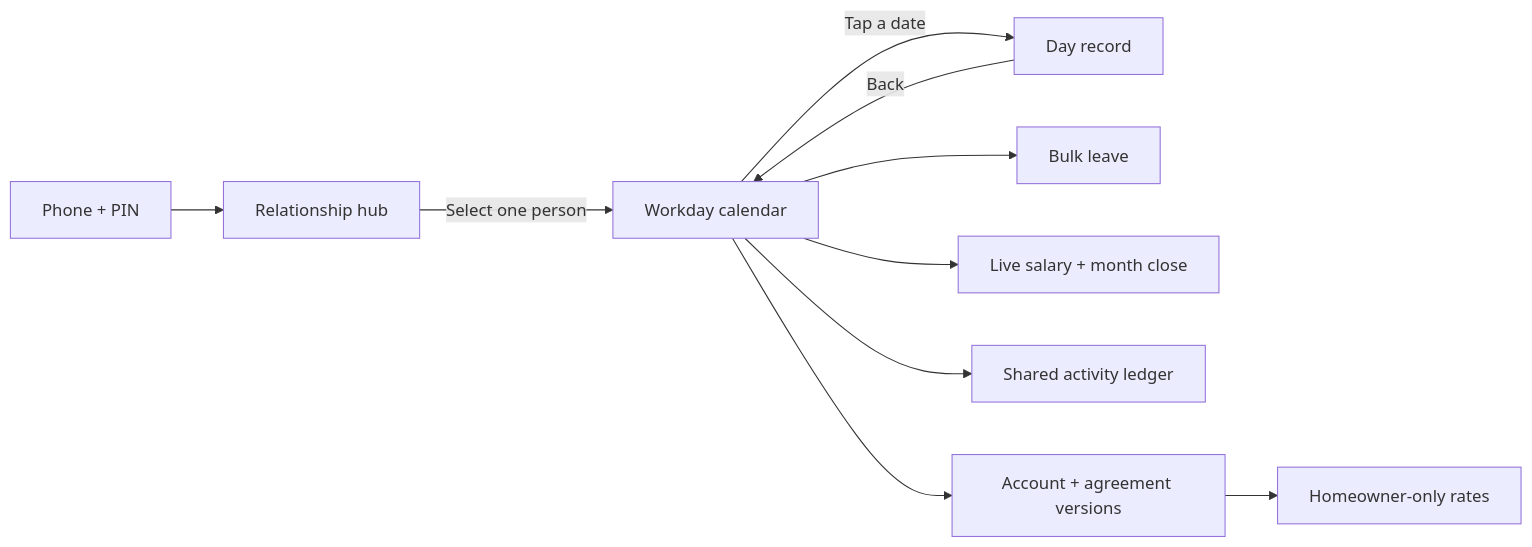
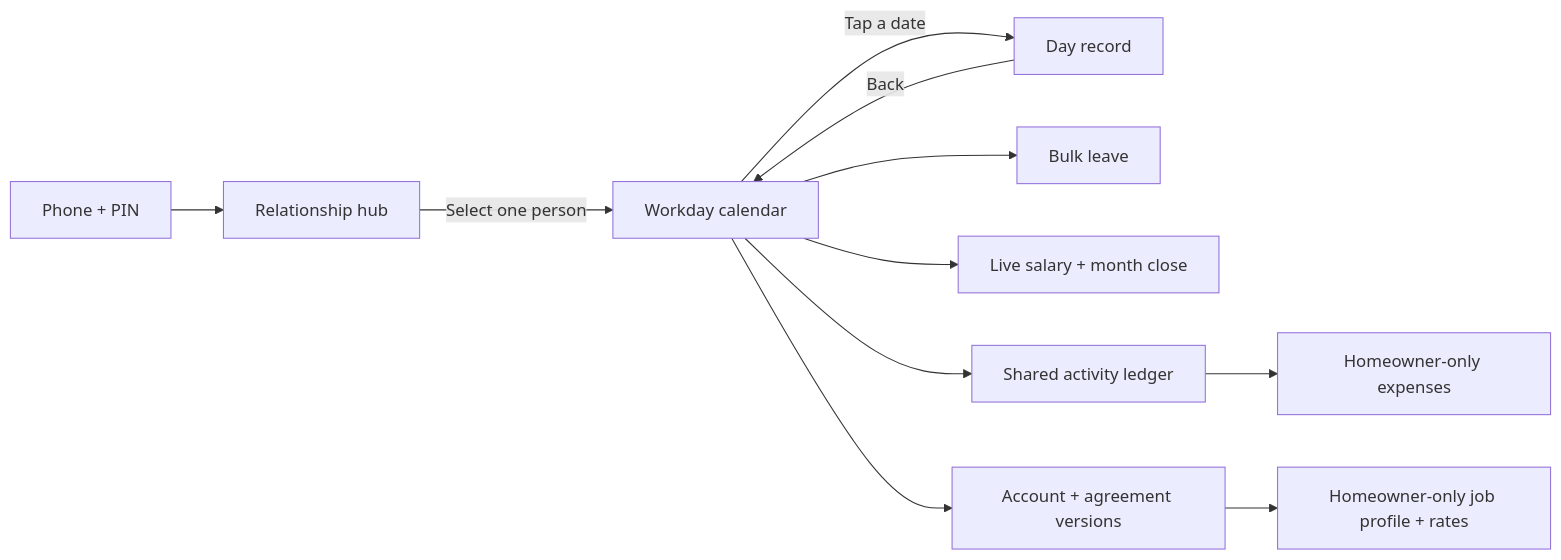
The diagram in docs/UX-FIRST-PRINCIPLES-AUDIT.md (thechiranjeevjain/SaafHisaab), drawn with Mermaid before and after one commit. The commit also changed other lines of this file and 21 other files, not shown here.

Commit message:
Add pluggable job profiles and household expenses

````diff
--- a/docs/UX-FIRST-PRINCIPLES-AUDIT.md
+++ b/docs/UX-FIRST-PRINCIPLES-AUDIT.md
@@ -18,12 +19,13 @@
 ```mermaid
 flowchart LR
   LOGIN[Phone + PIN] --> HUB[Relationship hub]
   HUB -->|Select one person| CAL[Workday calendar]
   CAL -->|Tap a date| DAY[Day record]
   DAY -->|Back| CAL
   CAL --> BULK[Bulk leave]
   CAL --> MONTH[Live salary + month close]
   CAL --> ACT[Shared activity ledger]
+  ACT --> EXP[Homeowner-only expenses]
   CAL --> ACCOUNT[Account + agreement versions]
-  ACCOUNT --> RATES[Homeowner-only rates]
+  ACCOUNT --> RATES[Homeowner-only job profile + rates]
 ```
````
